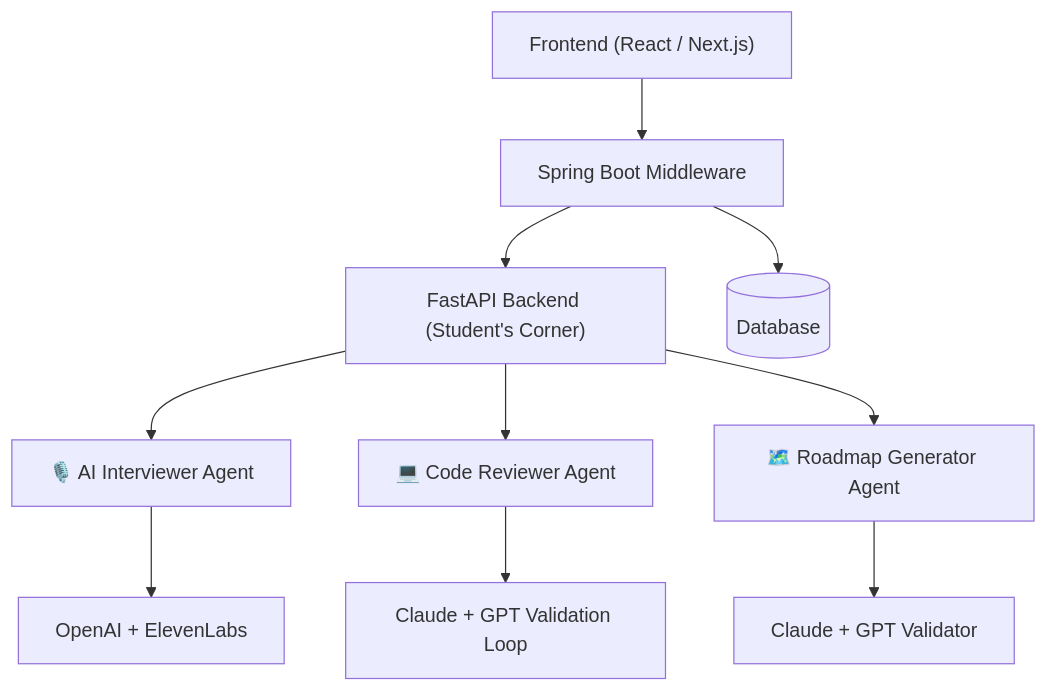
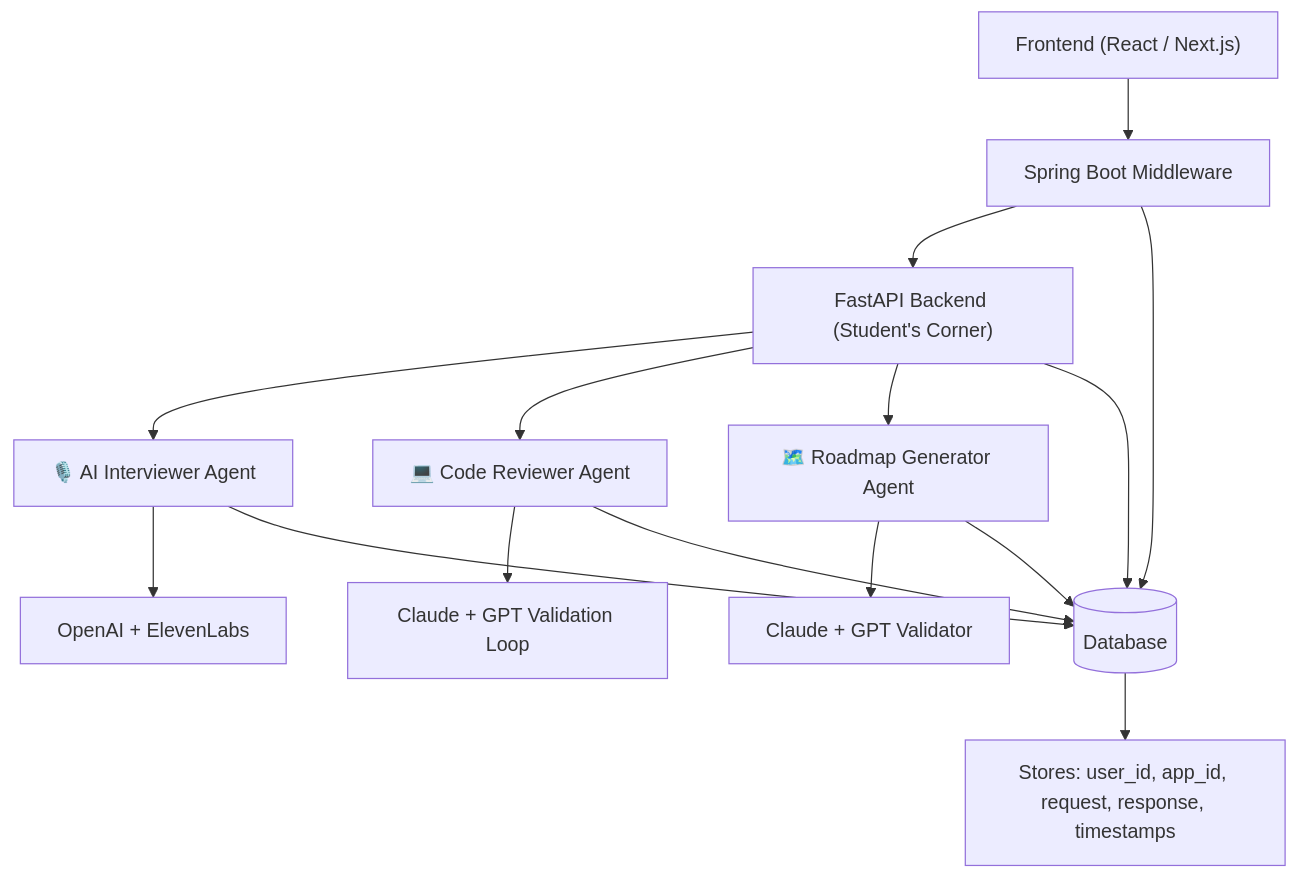
Before and after one commit to ReversibleWizard/Student-Corner-Backend: the diagram in README.md, drawn with Mermaid.

Commit message:
Expand README with new flow sections
Added sections for Agents, External AI Services, Database interactions, History Storage Flow, and Metadata Note.

````diff
--- a/README.md
+++ b/README.md
@@ -76,16 +76,28 @@
 ```mermaid
 flowchart TD
     A["Frontend (React / Next.js)"] --> B["Spring Boot Middleware"]
 
     B --> C["FastAPI Backend (Student's Corner)"]
 
+    %% Agents
     C --> D1["🎙️ AI Interviewer Agent"]
     C --> D2["💻 Code Reviewer Agent"]
     C --> D3["🗺️ Roadmap Generator Agent"]
 
+    %% External AI Services
     D1 --> E1["OpenAI + ElevenLabs"]
     D2 --> E2["Claude + GPT Validation Loop"]
     D3 --> E3["Claude + GPT Validator"]
 
+    %% Database interactions
     B --> F[("Database")]
+
+    %% History Storage Flow
+    C --> F
+    D1 --> F
+    D2 --> F
+    D3 --> F
+
+    %% Metadata Note
+    F --> G["Stores: user_id, app_id, request, response, timestamps"]
 ```
````
